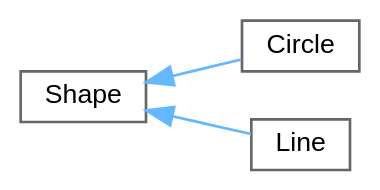
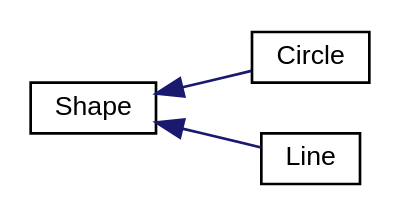
Before and after one commit to oshkines/otus-cpp-prof: the diagram in inherit_graph_2.dot, drawn with Graphviz. The commit also changed 156 other files, not shown here.

```diff
--- a/inherit_graph_2.dot
+++ b/inherit_graph_2.dot
@@ -1,13 +1,12 @@
 digraph "Graphical Class Hierarchy"
 {
  // LATEX_PDF_SIZE
-  bgcolor="transparent";
-  edge [fontname=Helvetica,fontsize=10,labelfontname=Helvetica,labelfontsize=10];
-  node [fontname=Helvetica,fontsize=10,shape=box,height=0.2,width=0.4];
+  edge [fontname="Helvetica",fontsize="10",labelfontname="Helvetica",labelfontsize="10"];
+  node [fontname="Helvetica",fontsize="10",shape=record];
   rankdir="LR";
-  Node0 [id="Node000000",label="Shape",height=0.2,width=0.4,color="grey40", fillcolor="white", style="filled",URL="$classShape.html",tooltip=" "];
-  Node0 -> Node1 [id="edge1_Node000000_Node000001",dir="back",color="steelblue1",style="solid",tooltip=" "];
-  Node1 [id="Node000001",label="Circle",height=0.2,width=0.4,color="grey40", fillcolor="white", style="filled",URL="$classCircle.html",tooltip=" "];
-  Node0 -> Node2 [id="edge2_Node000000_Node000002",dir="back",color="steelblue1",style="solid",tooltip=" "];
-  Node2 [id="Node000002",label="Line",height=0.2,width=0.4,color="grey40", fillcolor="white", style="filled",URL="$classLine.html",tooltip=" "];
+  Node0 [label="Shape",height=0.2,width=0.4,color="black", fillcolor="white", style="filled",URL="$classShape.html",tooltip=" "];
+  Node0 -> Node1 [dir="back",color="midnightblue",fontsize="10",style="solid",fontname="Helvetica"];
+  Node1 [label="Circle",height=0.2,width=0.4,color="black", fillcolor="white", style="filled",URL="$classCircle.html",tooltip=" "];
+  Node0 -> Node2 [dir="back",color="midnightblue",fontsize="10",style="solid",fontname="Helvetica"];
+  Node2 [label="Line",height=0.2,width=0.4,color="black", fillcolor="white", style="filled",URL="$classLine.html",tooltip=" "];
 }
```
